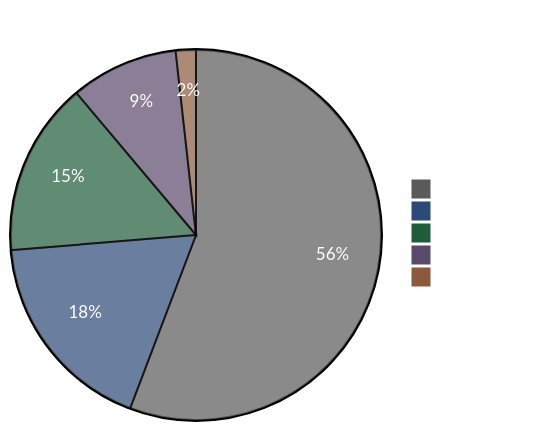
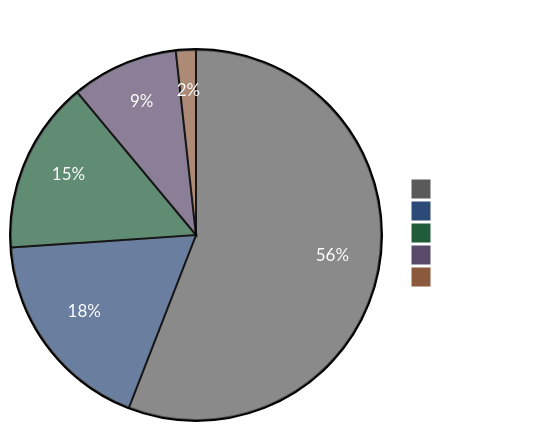
Before and after one commit to ccmeteorljh/reco-arxiv-daily: the diagram in README.md, drawn with Mermaid. The commit also changed other lines of this file and 7 other files, not shown here.

````diff
--- a/README.md
+++ b/README.md
@@ -6,19 +6,19 @@
 ```mermaid
 %%{init: {'theme':'base', 'themeVariables': {
   'pie1':'#5a5a5a',
   'pie2':'#2c4a78',
   'pie3':'#1e5c3a',
   'pie4':'#5a4a6a',
   'pie5':'#8b5a3c',
   'pieTitleTextColor':'#ffffff',
   'pieSectionTextColor':'#ffffff',
   'pieLegendTextColor':'#ffffff'
 }}}%%
 pie showData
 title Paper Distribution by Tag
-  "Other" : 666
-  "LLM" : 214
+  "Other" : 673
+  "LLM" : 217
   "GR" : 181
   "Seq" : 112
   "Scaling" : 21
 ```
````
